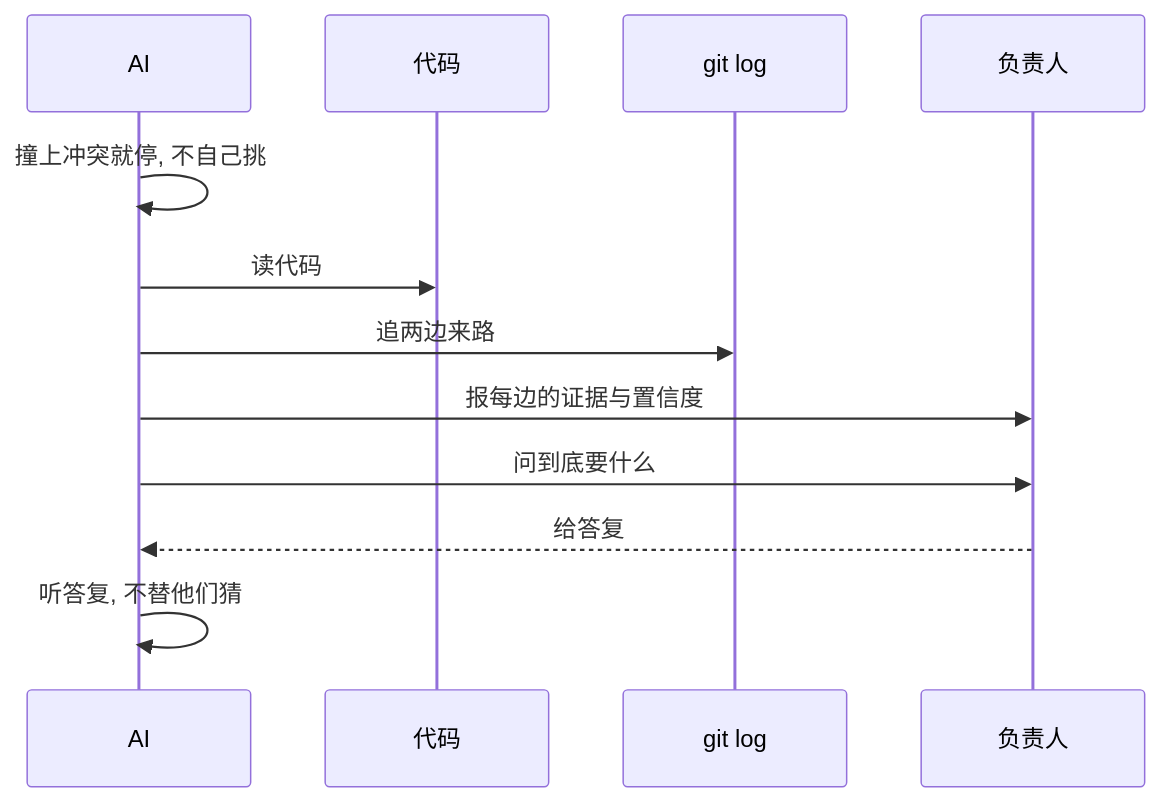
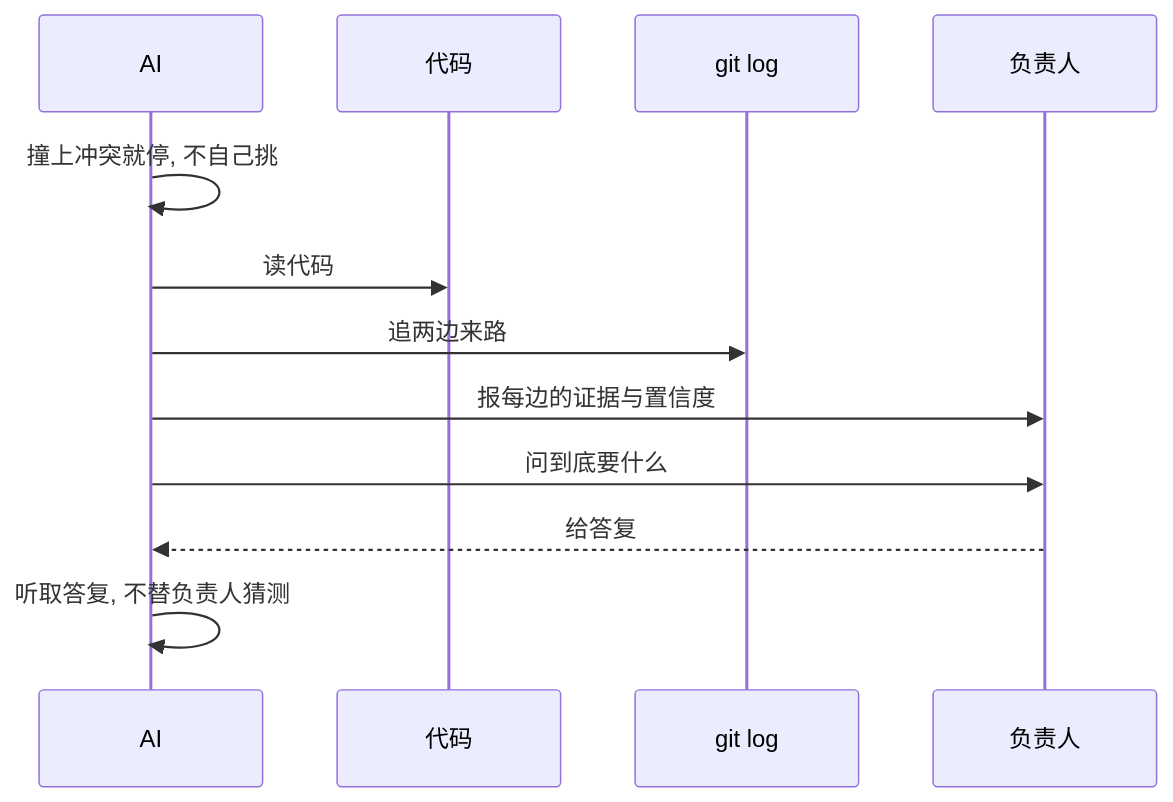
Before and after one commit to imknown/AndroidLowLevelDetector: the first of 3 diagrams in docs/agents-cn/03-工作原则.md, drawn with Mermaid. The commit also changed other lines of this file and 7 other files, not shown here.

````diff
--- a/docs/agents-cn/03-工作原则.md
+++ b/docs/agents-cn/03-工作原则.md
@@ -34,14 +34,14 @@
 ```mermaid
 sequenceDiagram
     participant AI as AI
     participant Code as 代码
     participant Log as git log
     participant Owner as 负责人
     AI->>AI: 撞上冲突就停, 不自己挑
     AI->>Code: 读代码
     AI->>Log: 追两边来路
     AI->>Owner: 报每边的证据与置信度
     AI->>Owner: 问到底要什么
     Owner-->>AI: 给答复
-    AI->>AI: 听答复, 不替他们猜
+    AI->>AI: 听取答复, 不替负责人猜测
 ```
````
